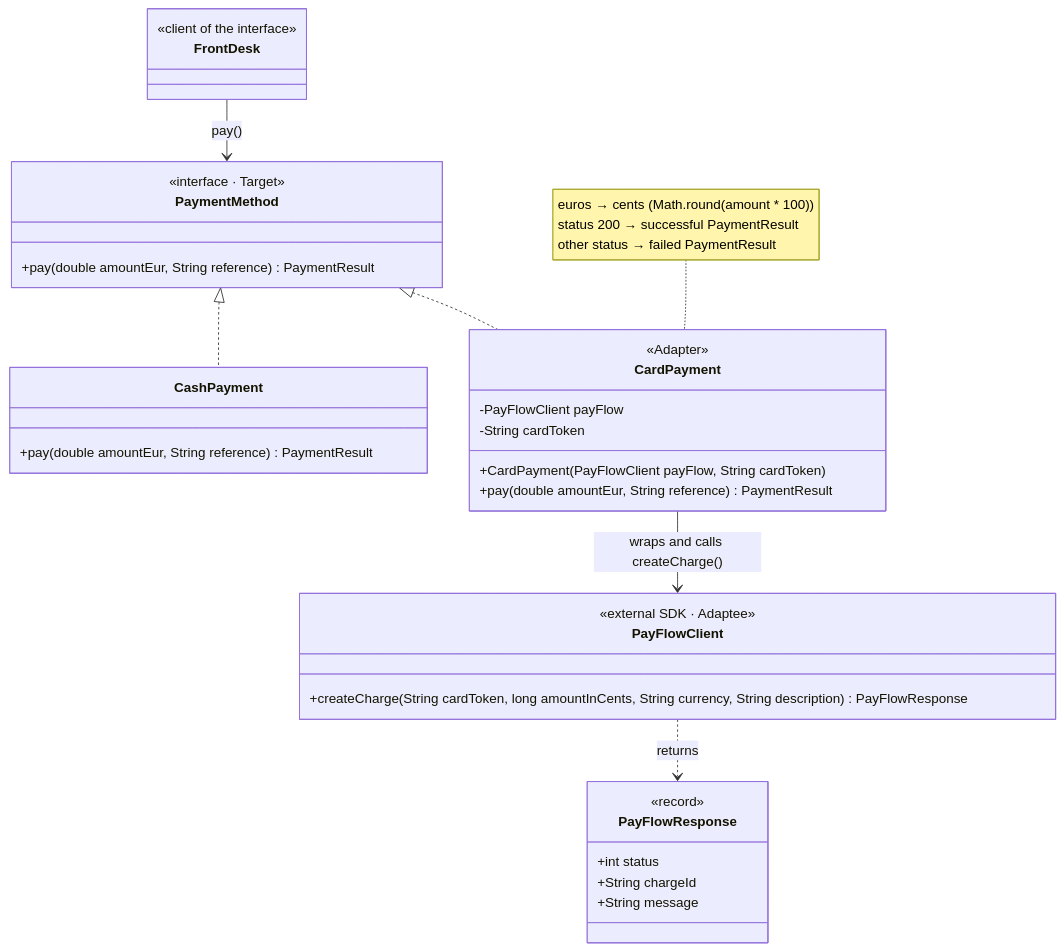
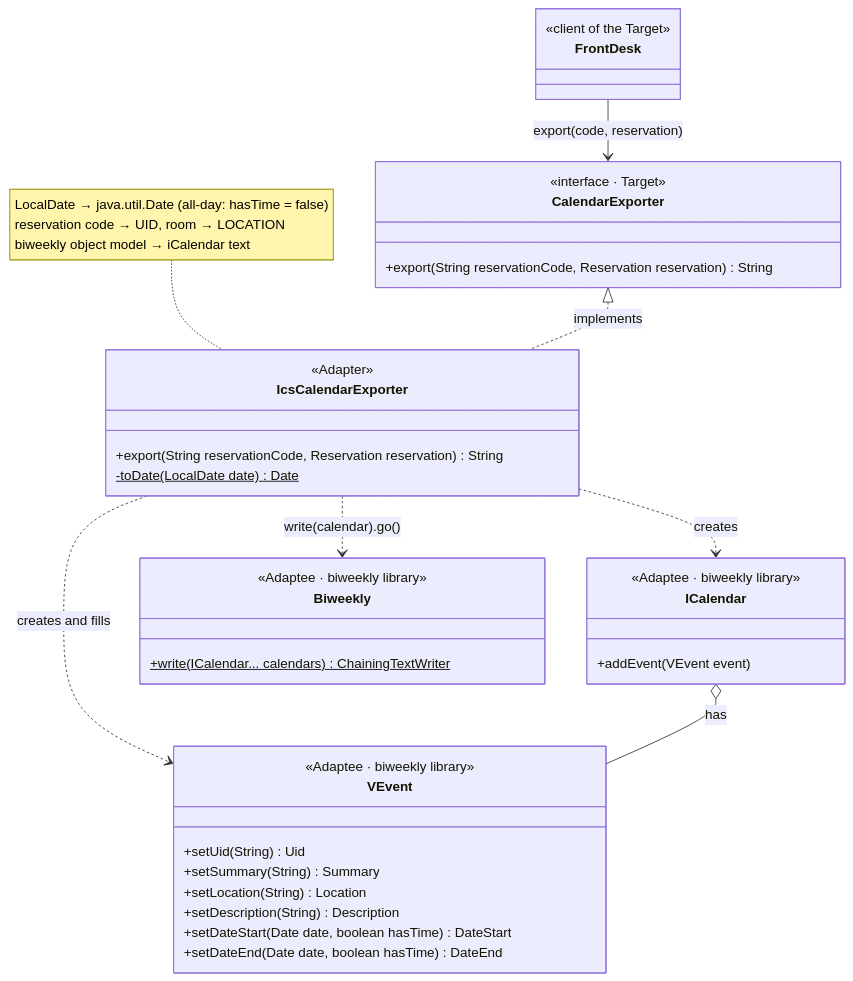
One commit to chiriladam/tmps-labs changed the diagram in lab2/diagrams/3-adapter.mmd. Above: the diagram before and after it, drawn with Mermaid. The commit also changed 9 other files, not shown here.

Commit message:
Lab 2: update diagrams for the new design and re-render the PNGs

```diff
--- a/lab2/diagrams/3-adapter.mmd
+++ b/lab2/diagrams/3-adapter.mmd
@@ -1,37 +1,40 @@
 classDiagram
     direction TB
     class FrontDesk {
-        <<client of the interface>>
+        <<client of the Target>>
     }
-    class PaymentMethod {
+    class CalendarExporter {
         <<interface · Target>>
-        +pay(double amountEur, String reference) PaymentResult
+        +export(String reservationCode, Reservation reservation) String
     }
-    class CashPayment {
-        +pay(double amountEur, String reference) PaymentResult
+    class IcsCalendarExporter {
+        <<Adapter>>
+        +export(String reservationCode, Reservation reservation) String
+        -toDate(LocalDate date)$ Date
     }
-    class CardPayment {
-        <<Adapter>>
-        -PayFlowClient payFlow
-        -String cardToken
-        +CardPayment(PayFlowClient payFlow, String cardToken)
-        +pay(double amountEur, String reference) PaymentResult
+    class VEvent {
+        <<Adaptee · biweekly library>>
+        +setUid(String) Uid
+        +setSummary(String) Summary
+        +setLocation(String) Location
+        +setDescription(String) Description
+        +setDateStart(Date date, boolean hasTime) DateStart
+        +setDateEnd(Date date, boolean hasTime) DateEnd
     }
-    class PayFlowClient {
-        <<external SDK · Adaptee>>
-        +createCharge(String cardToken, long amountInCents, String currency, String description) PayFlowResponse
+    class ICalendar {
+        <<Adaptee · biweekly library>>
+        +addEvent(VEvent event)
     }
-    class PayFlowResponse {
-        <<record>>
-        +int status
-        +String chargeId
-        +String message
+    class Biweekly {
+        <<Adaptee · biweekly library>>
+        +write(ICalendar... calendars)$ ChainingTextWriter
     }
-    FrontDesk --> PaymentMethod : pay()
-    PaymentMethod <|.. CashPayment
-    PaymentMethod <|.. CardPayment
-    CardPayment --> PayFlowClient : wraps and calls createCharge()
-    PayFlowClient ..> PayFlowResponse : returns
-    note for CardPayment "euros → cents (Math.round(amount * 100))
-status 200 → successful PaymentResult
-other status → failed PaymentResult"
+    FrontDesk --> CalendarExporter : export(code, reservation)
+    CalendarExporter <|.. IcsCalendarExporter : implements
+    IcsCalendarExporter ..> VEvent : creates and fills
+    IcsCalendarExporter ..> ICalendar : creates
+    IcsCalendarExporter ..> Biweekly : write(calendar).go()
+    ICalendar o-- VEvent : has
+    note for IcsCalendarExporter "LocalDate → java.util.Date (all-day: hasTime = false)
+reservation code → UID, room → LOCATION
+biweekly object model → iCalendar text"
```
